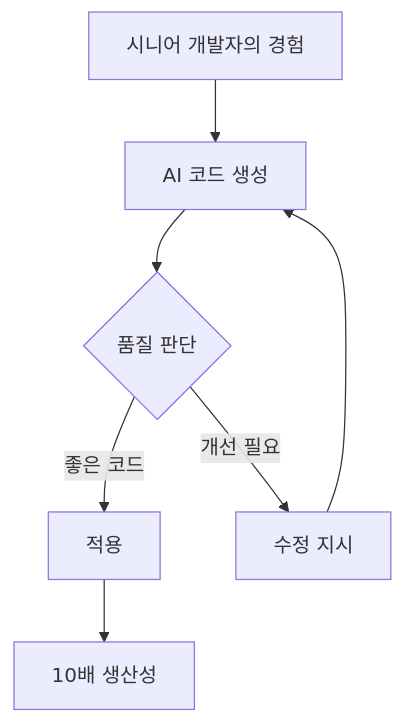
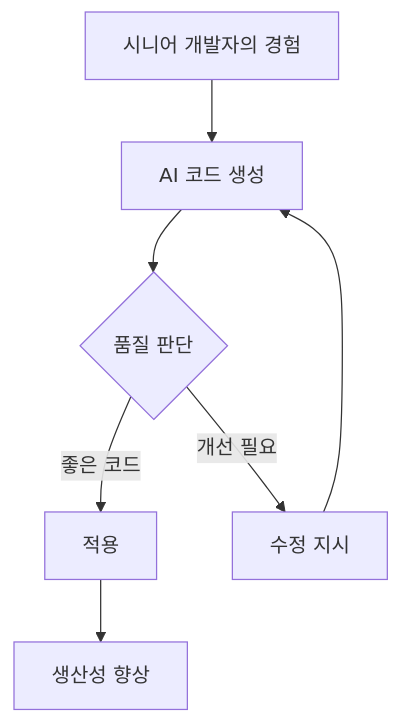
The fourth of 8 diagrams in _md/essentials-vibecoding/chapter01/01-1.md (nugurejeil/weniVooks), drawn with Mermaid before and after one commit. The commit also changed other lines of this file and 3 other files, not shown here.

````diff
--- a/_md/essentials-vibecoding/chapter01/01-1.md
+++ b/_md/essentials-vibecoding/chapter01/01-1.md
@@ -112,9 +113,9 @@
 ```mermaid
 flowchart TD
     A["시니어 개발자의 경험"] --> B["AI 코드 생성"]
     B --> C{"품질 판단"}
     C -->|"좋은 코드"| D["적용"]
     C -->|"개선 필요"| E["수정 지시"]
     E --> B
-    D --> F["10배 생산성"]
+    D --> F["생산성 향상"]
 ```
````
